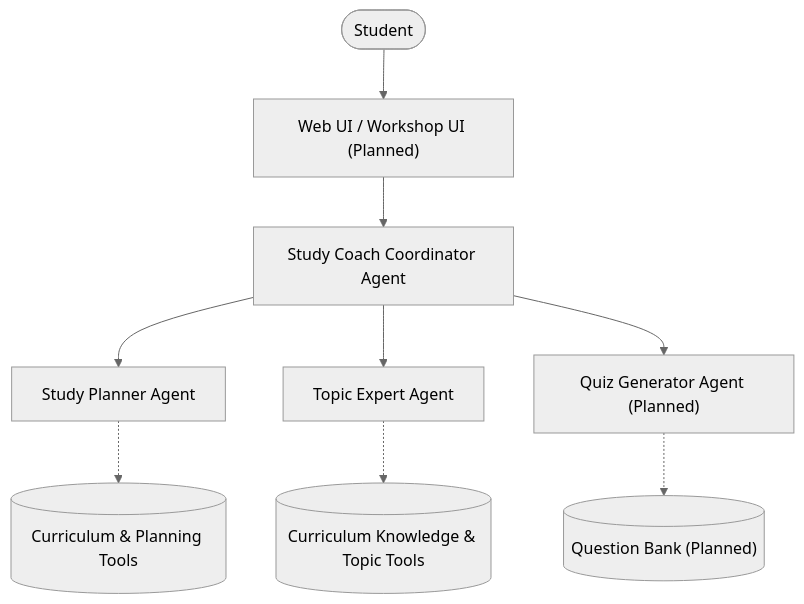
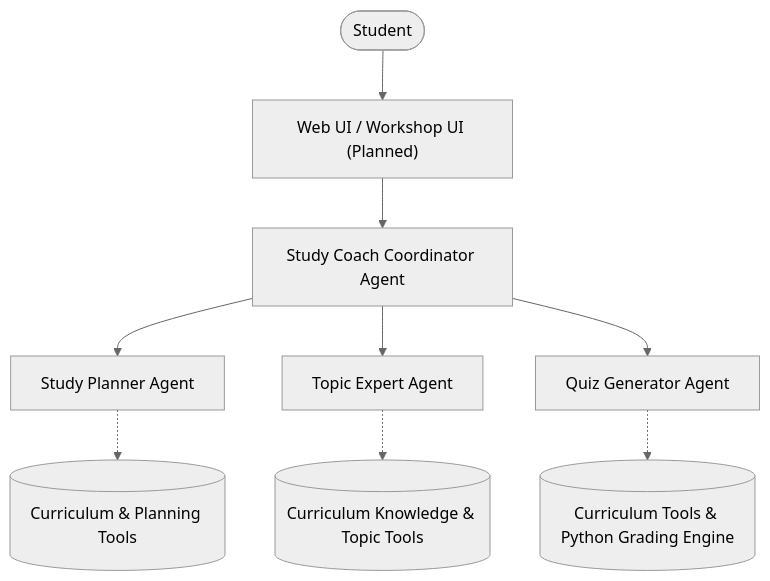
Before and after one commit to harshjangid1015/gemini-adk-study-coach-lab: the diagram in docs/architecture.md, drawn with Mermaid (neutral theme). The commit also changed other lines of this file and 14 other files, not shown here.

Commit message:
feat(m4): implement Gemini ADK Quiz Generator Agent

````diff
--- a/docs/architecture.md
+++ b/docs/architecture.md
@@ -3,13 +3,13 @@
 ```mermaid
 graph TD
     User([Student]) --> UI["Web UI / Workshop UI (Planned)"]
     UI --> Coordinator["Study Coach Coordinator Agent"]
     
     Coordinator --> Planner["Study Planner Agent"]
     Coordinator --> Expert["Topic Expert Agent"]
-    Coordinator --> Quiz["Quiz Generator Agent (Planned)"]
+    Coordinator --> Quiz["Quiz Generator Agent"]
     
     Planner -.-> Profile[("Curriculum & Planning Tools")]
     Expert -.-> Docs[("Curriculum Knowledge & Topic Tools")]
-    Quiz -.-> QBank[("Question Bank (Planned)")]
+    Quiz -.-> QBank[("Curriculum Tools & Python Grading Engine")]
 ```
````
